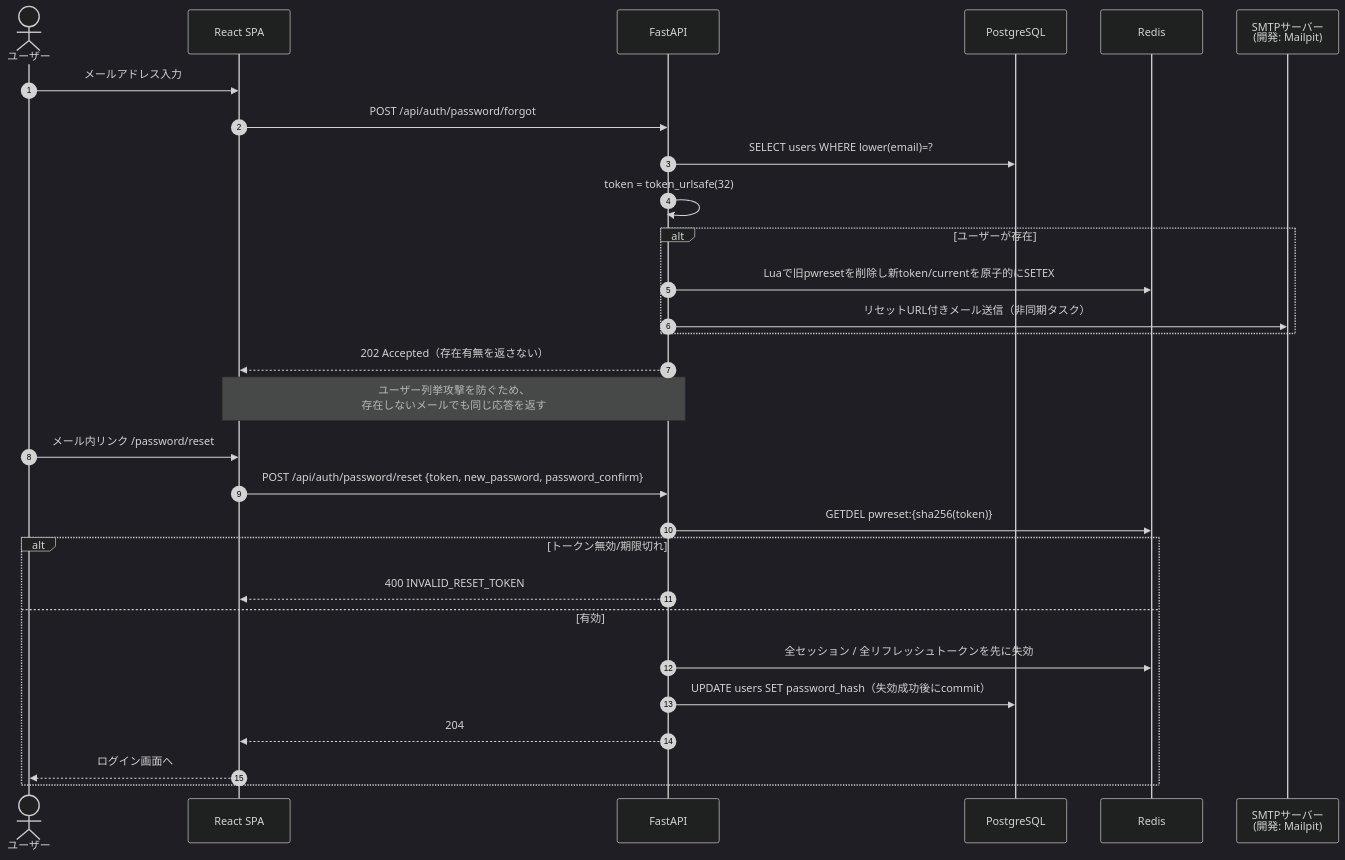
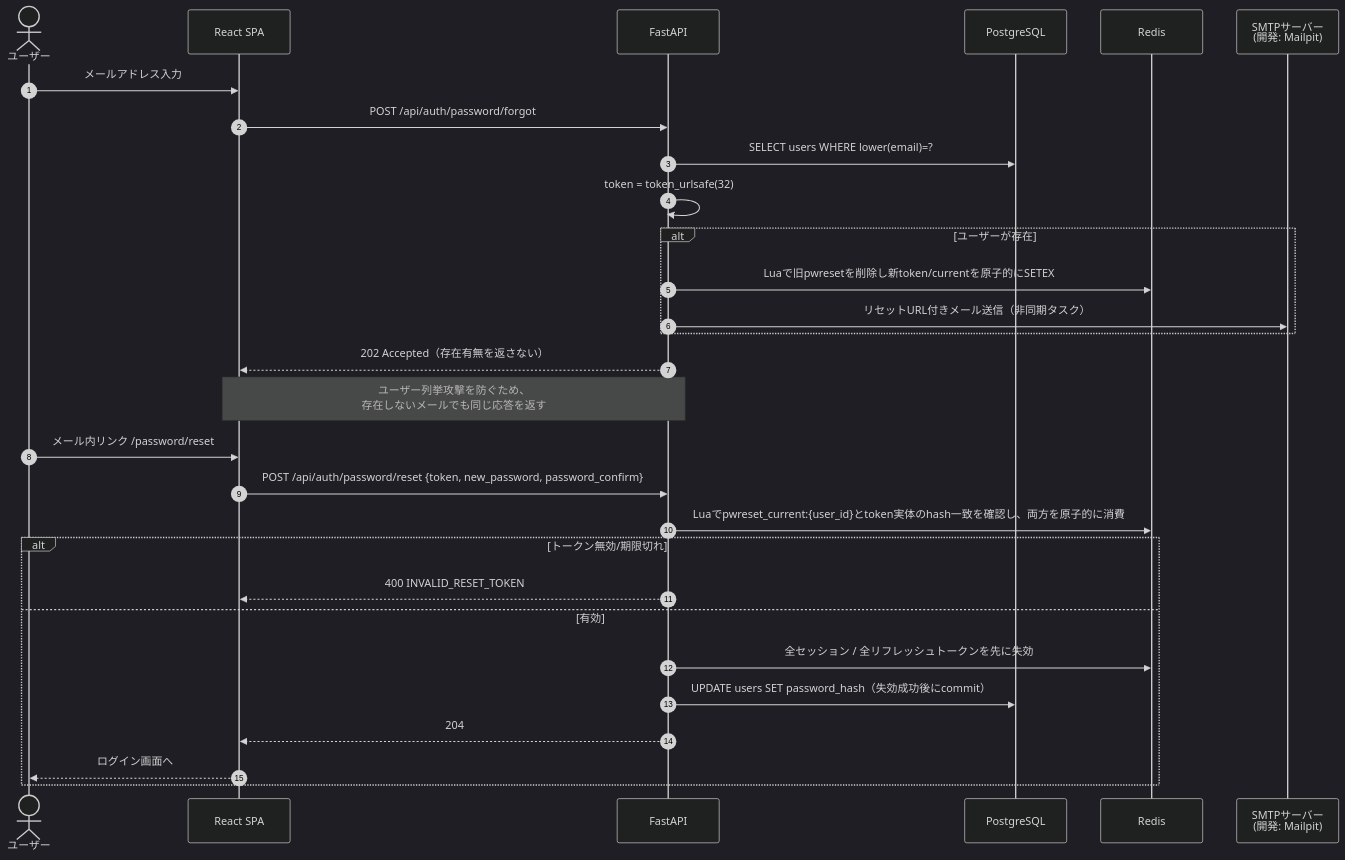
One commit to oikawa-d/task_management changed the ninth of 10 diagrams in docs/basic_design/03_auth.md. Above: the diagram before and after it, drawn with Mermaid (dark theme). The commit also changed 9 other files, not shown here.

````diff
--- a/docs/basic_design/03_auth.md
+++ b/docs/basic_design/03_auth.md
@@ -429,33 +429,33 @@
 ```mermaid
 sequenceDiagram
     autonumber
     actor U as ユーザー
     participant FE as React SPA
     participant API as FastAPI
     participant PG as PostgreSQL
     participant RD as Redis
     participant SMTP as SMTPサーバー<br/>(開発: Mailpit)
 
     U->>FE: メールアドレス入力
     FE->>API: POST /api/auth/password/forgot
     API->>PG: SELECT users WHERE lower(email)=?
     API->>API: token = token_urlsafe(32)
     alt ユーザーが存在
         API->>RD: Luaで旧pwresetを削除し新token/currentを原子的にSETEX
         API->>SMTP: リセットURL付きメール送信（非同期タスク）
     end
     API-->>FE: 202 Accepted（存在有無を返さない）
     Note over API,FE: ユーザー列挙攻撃を防ぐため、<br/>存在しないメールでも同じ応答を返す
 
     U->>FE: メール内リンク /password/reset#token=xxx
     FE->>API: POST /api/auth/password/reset {token, new_password, password_confirm}
-    API->>RD: GETDEL pwreset:{sha256(token)}
+    API->>RD: Luaでpwreset_current:{user_id}とtoken実体のhash一致を確認し、両方を原子的に消費
     alt トークン無効/期限切れ
         API-->>FE: 400 INVALID_RESET_TOKEN
     else 有効
         API->>RD: 全セッション / 全リフレッシュトークンを先に失効
         API->>PG: UPDATE users SET password_hash（失効成功後にcommit）
         API-->>FE: 204
         FE-->>U: ログイン画面へ
     end
 ```
````
